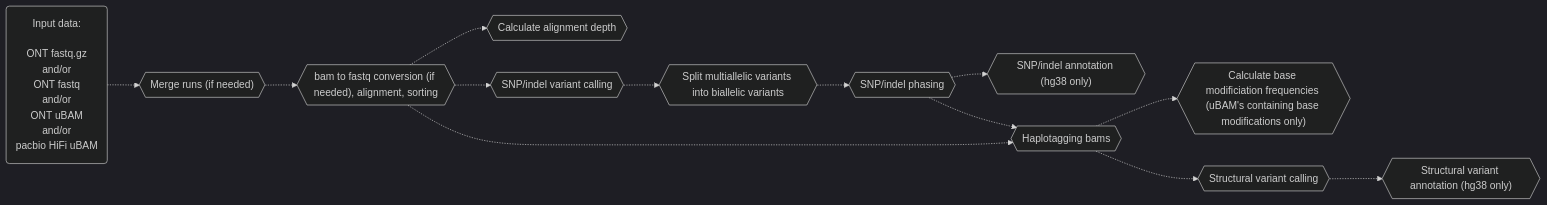
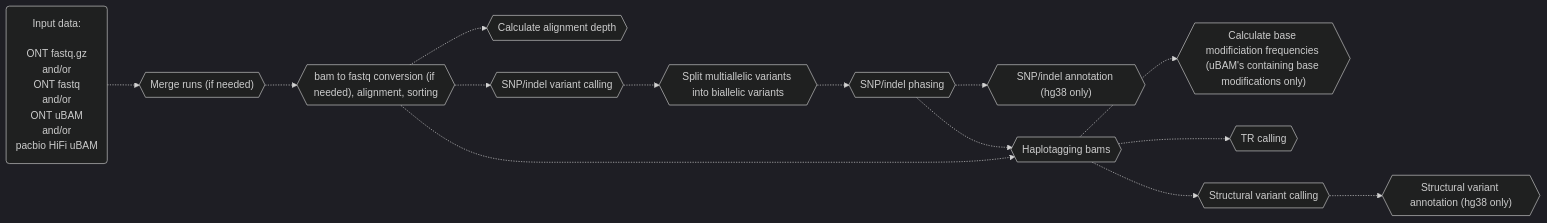
One commit to leahkemp/pipeface changed the first of 3 diagrams in README.md. Above: the diagram before and after it, drawn with Mermaid. The commit also changed other lines of this file and 8 other files, not shown here.

````diff
--- a/README.md
+++ b/README.md
@@ -18,24 +16,26 @@
 ```mermaid
 %%{init: {'theme':'dark'}}%%
 flowchart LR
 
 input_data("Input data: <br><br> ONT fastq.gz <br> and/or <br> ONT fastq <br> and/or <br> ONT uBAM <br> and/or <br> pacbio HiFi uBAM")
 merging{{"Merge runs (if needed)"}}
 alignment{{"bam to fastq conversion (if needed), alignment, sorting"}}
 depth{{"Calculate alignment depth"}}
 snp_indel_calling{{"SNP/indel variant calling"}}
 split_multiallele{{"Split multiallelic variants into biallelic variants"}}
 snp_indel_phasing{{"SNP/indel phasing"}}
 snp_indel_annotation{{"SNP/indel annotation (hg38 only)"}}
 haplotagging{{"Haplotagging bams"}}
 calculate_base_mod_freqs{{"Calculate base modificiation frequencies (uBAM's containing base modifications only)"}}
+tr_calling{{"TR calling"}}
 sv_calling{{"Structural variant calling"}}
 sv_annotation{{"Structural variant annotation (hg38 only)"}}
 
 input_data-.->merging-.->alignment-.->snp_indel_calling-.->split_multiallele-.->snp_indel_phasing-.->haplotagging-.->sv_calling
 alignment-.->depth
 alignment-.->haplotagging
 haplotagging-.->calculate_base_mod_freqs
+haplotagging-.->tr_calling
 snp_indel_phasing-.->snp_indel_annotation
 sv_calling-.->sv_annotation
 ```
````
